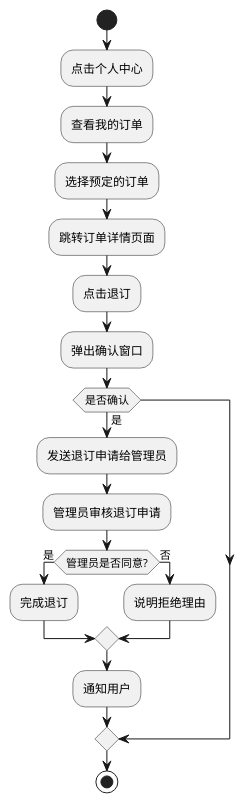
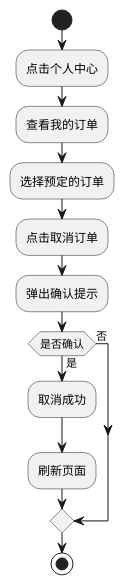
Before and after one commit to grimesapple/springGarden: the diagram in resource/活动图/退订活动图.puml, drawn with PlantUML. The commit also changed 52 other files, not shown here.

```diff
--- a/resource/活动图/退订活动图.puml
+++ b/resource/活动图/退订活动图.puml
@@ -1,23 +1,17 @@
 @startuml
 'https://plantuml.com/activity-diagram-beta
 
 start
 :点击个人中心;
 :查看我的订单;
 :选择预定的订单;
-:跳转订单详情页面;
-:点击退订;
-:弹出确认窗口;
+:点击取消订单;
+:弹出确认提示;
 if (是否确认) then (是)
-  :发送退订申请给管理员;
-  :管理员审核退订申请;
-  if (管理员是否同意?) then (是)
-    :完成退订;
-    else (否)
-    :说明拒绝理由;
-  endif
-  :通知用户;
+  :取消成功;
+  :刷新页面;
+else (否)
 endif
 stop
 
 @enduml
```
